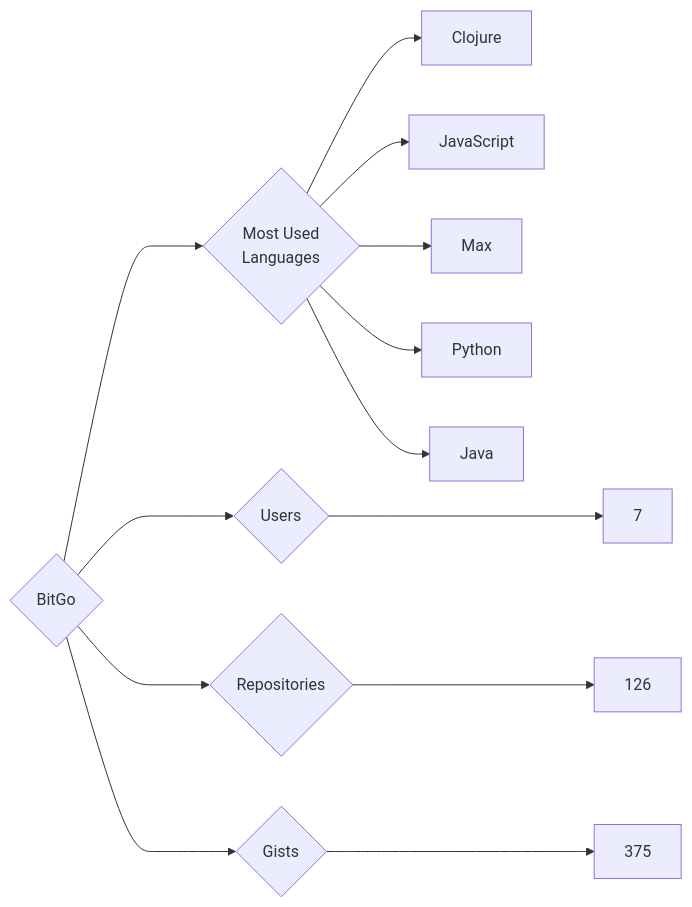
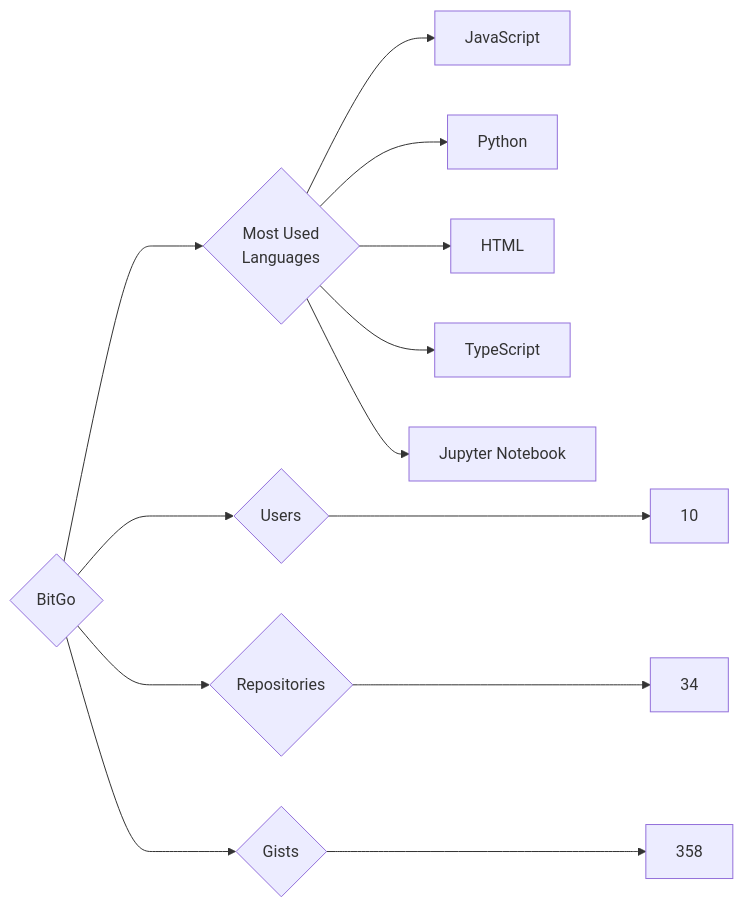
One commit to trickest/insiders changed the diagram in targets/BitGo/README.md. Above: the diagram before and after it, drawn with Mermaid. The commit also changed 1141 other files, not shown here.

````diff
--- a/targets/BitGo/README.md
+++ b/targets/BitGo/README.md
@@ -3,13 +3,13 @@
 ```mermaid
 graph LR
 COMPANY_NAME{BitGo}
-COMPANY_NAME ---> U{Users} ---> UN[7]
-COMPANY_NAME ---> R{Repositories} ---> RN[126]
-COMPANY_NAME ---> G{Gists} ---> GN[375]
+COMPANY_NAME ---> U{Users} ---> UN[10]
+COMPANY_NAME ---> R{Repositories} ---> RN[34]
+COMPANY_NAME ---> G{Gists} ---> GN[358]
 COMPANY_NAME ---> ML{Most Used<br>Languages}
-ML --> Clojure[Clojure]
 ML --> JavaScript[JavaScript]
-ML --> Max[Max]
 ML --> Python[Python]
-ML --> Java[Java]
+ML --> HTML[HTML]
+ML --> TypeScript[TypeScript]
+ML --> Jupyter_Notebook[Jupyter Notebook]
 ```
````
